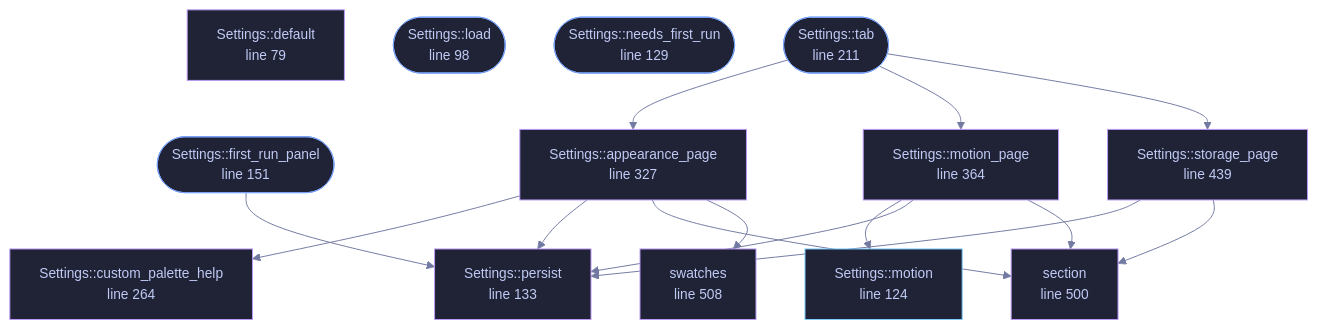
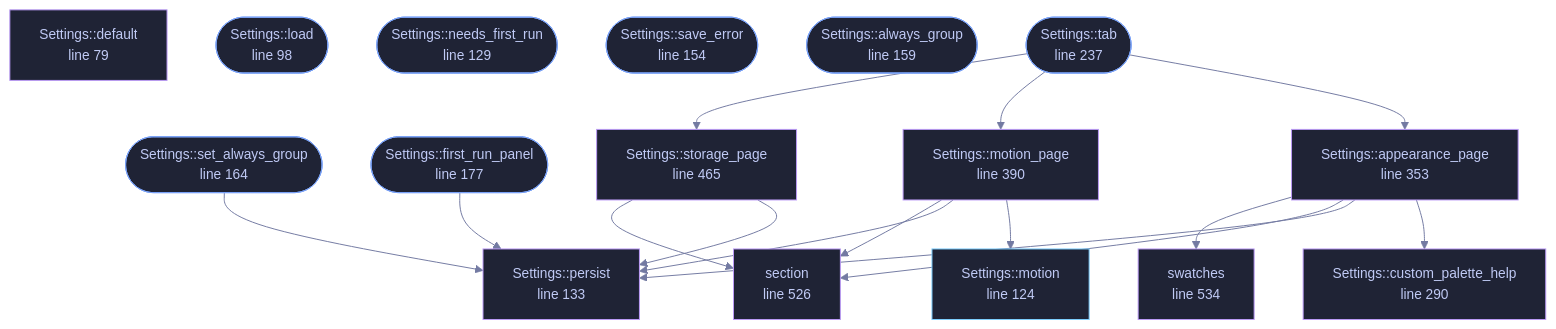
Before and after one commit to tilas01/veilvoice: the diagram in docs/files/veilvoice-gui/settings.md, drawn with Mermaid. The commit also changed other lines of this file and 37 other files, not shown here.

````diff
--- a/docs/files/veilvoice-gui/settings.md
+++ b/docs/files/veilvoice-gui/settings.md
@@ -85,49 +89,56 @@
 ```mermaid
 %%{init: {"theme":"base","themeVariables":{"background":"#1a1b26","primaryColor":"#1f2335","primaryTextColor":"#c0caf5","primaryBorderColor":"#7aa2f7","secondaryColor":"#16161e","tertiaryColor":"#16161e","lineColor":"#737aa2","textColor":"#c0caf5","mainBkg":"#1f2335","nodeBorder":"#7aa2f7","clusterBkg":"#16161e","clusterBorder":"#2f3549","fontFamily":"ui-monospace, SFMono-Regular, Consolas, monospace","fontSize":"14px"}}}%%
 flowchart TD
     n_default["Settings::default<br/>line 79"]
     n_load(["Settings::load<br/>line 98"])
     n_motion["Settings::motion<br/>line 124"]
     n_needs_first_run(["Settings::needs_first_run<br/>line 129"])
     n_persist["Settings::persist<br/>line 133"]
-    n_first_run_panel(["Settings::first_run_panel<br/>line 151"])
-    n_tab(["Settings::tab<br/>line 211"])
-    n_custom_palette_help["Settings::custom_palette_help<br/>line 264"]
-    n_appearance_page["Settings::appearance_page<br/>line 327"]
-    n_motion_page["Settings::motion_page<br/>line 364"]
-    n_storage_page["Settings::storage_page<br/>line 439"]
-    n_section["section<br/>line 500"]
-    n_swatches["swatches<br/>line 508"]
+    n_save_error(["Settings::save_error<br/>line 154"])
+    n_always_group(["Settings::always_group<br/>line 159"])
+    n_set_always_group(["Settings::set_always_group<br/>line 164"])
+    n_first_run_panel(["Settings::first_run_panel<br/>line 177"])
+    n_tab(["Settings::tab<br/>line 237"])
+    n_custom_palette_help["Settings::custom_palette_help<br/>line 290"]
+    n_appearance_page["Settings::appearance_page<br/>line 353"]
+    n_motion_page["Settings::motion_page<br/>line 390"]
+    n_storage_page["Settings::storage_page<br/>line 465"]
+    n_section["section<br/>line 526"]
+    n_swatches["swatches<br/>line 534"]
     n_appearance_page --> n_custom_palette_help
     n_appearance_page --> n_persist
     n_appearance_page --> n_section
     n_appearance_page --> n_swatches
     n_first_run_panel --> n_persist
     n_motion_page --> n_motion
     n_motion_page --> n_persist
     n_motion_page --> n_section
+    n_set_always_group --> n_persist
     n_storage_page --> n_persist
     n_storage_page --> n_section
     n_tab --> n_appearance_page
     n_tab --> n_motion_page
     n_tab --> n_storage_page
     click n_default href "https://github.com/tilas01/veilvoice/blob/main/crates/veilvoice-gui/src/settings.rs#L79" "open the source"
     click n_load href "https://github.com/tilas01/veilvoice/blob/main/crates/veilvoice-gui/src/settings.rs#L98" "open the source"
     click n_motion href "https://github.com/tilas01/veilvoice/blob/main/crates/veilvoice-gui/src/settings.rs#L124" "open the source"
     click n_needs_first_run href "https://github.com/tilas01/veilvoice/blob/main/crates/veilvoice-gui/src/settings.rs#L129" "open the source"
     click n_persist href "https://github.com/tilas01/veilvoice/blob/main/crates/veilvoice-gui/src/settings.rs#L133" "open the source"
-    click n_first_run_panel href "https://github.com/tilas01/veilvoice/blob/main/crates/veilvoice-gui/src/settings.rs#L151" "open the source"
-    click n_tab href "https://github.com/tilas01/veilvoice/blob/main/crates/veilvoice-gui/src/settings.rs#L211" "open the source"
-    click n_custom_palette_help href "https://github.com/tilas01/veilvoice/blob/main/crates/veilvoice-gui/src/settings.rs#L264" "open the source"
-    click n_appearance_page href "https://github.com/tilas01/veilvoice/blob/main/crates/veilvoice-gui/src/settings.rs#L327" "open the source"
-    click n_motion_page href "https://github.com/tilas01/veilvoice/blob/main/crates/veilvoice-gui/src/settings.rs#L364" "open the source"
-    click n_storage_page href "https://github.com/tilas01/veilvoice/blob/main/crates/veilvoice-gui/src/settings.rs#L439" "open the source"
-    click n_section href "https://github.com/tilas01/veilvoice/blob/main/crates/veilvoice-gui/src/settings.rs#L500" "open the source"
-    click n_swatches href "https://github.com/tilas01/veilvoice/blob/main/crates/veilvoice-gui/src/settings.rs#L508" "open the source"
+    click n_save_error href "https://github.com/tilas01/veilvoice/blob/main/crates/veilvoice-gui/src/settings.rs#L154" "open the source"
+    click n_always_group href "https://github.com/tilas01/veilvoice/blob/main/crates/veilvoice-gui/src/settings.rs#L159" "open the source"
+    click n_set_always_group href "https://github.com/tilas01/veilvoice/blob/main/crates/veilvoice-gui/src/settings.rs#L164" "open the source"
+    click n_first_run_panel href "https://github.com/tilas01/veilvoice/blob/main/crates/veilvoice-gui/src/settings.rs#L177" "open the source"
+    click n_tab href "https://github.com/tilas01/veilvoice/blob/main/crates/veilvoice-gui/src/settings.rs#L237" "open the source"
+    click n_custom_palette_help href "https://github.com/tilas01/veilvoice/blob/main/crates/veilvoice-gui/src/settings.rs#L290" "open the source"
+    click n_appearance_page href "https://github.com/tilas01/veilvoice/blob/main/crates/veilvoice-gui/src/settings.rs#L353" "open the source"
+    click n_motion_page href "https://github.com/tilas01/veilvoice/blob/main/crates/veilvoice-gui/src/settings.rs#L390" "open the source"
+    click n_storage_page href "https://github.com/tilas01/veilvoice/blob/main/crates/veilvoice-gui/src/settings.rs#L465" "open the source"
+    click n_section href "https://github.com/tilas01/veilvoice/blob/main/crates/veilvoice-gui/src/settings.rs#L526" "open the source"
+    click n_swatches href "https://github.com/tilas01/veilvoice/blob/main/crates/veilvoice-gui/src/settings.rs#L534" "open the source"
     classDef entry fill:#1f2335,stroke:#7aa2f7,color:#c0caf5
-    class n_load,n_needs_first_run,n_first_run_panel,n_tab entry
+    class n_load,n_needs_first_run,n_save_error,n_always_group,n_set_always_group,n_first_run_panel,n_tab entry
     classDef api fill:#1f2335,stroke:#7dcfff,color:#c0caf5
     class n_motion api
     classDef helper fill:#1f2335,stroke:#bb9af7,color:#c0caf5
     class n_default,n_persist,n_custom_palette_help,n_appearance_page,n_motion_page,n_storage_page,n_section,n_swatches helper
 ```
````
